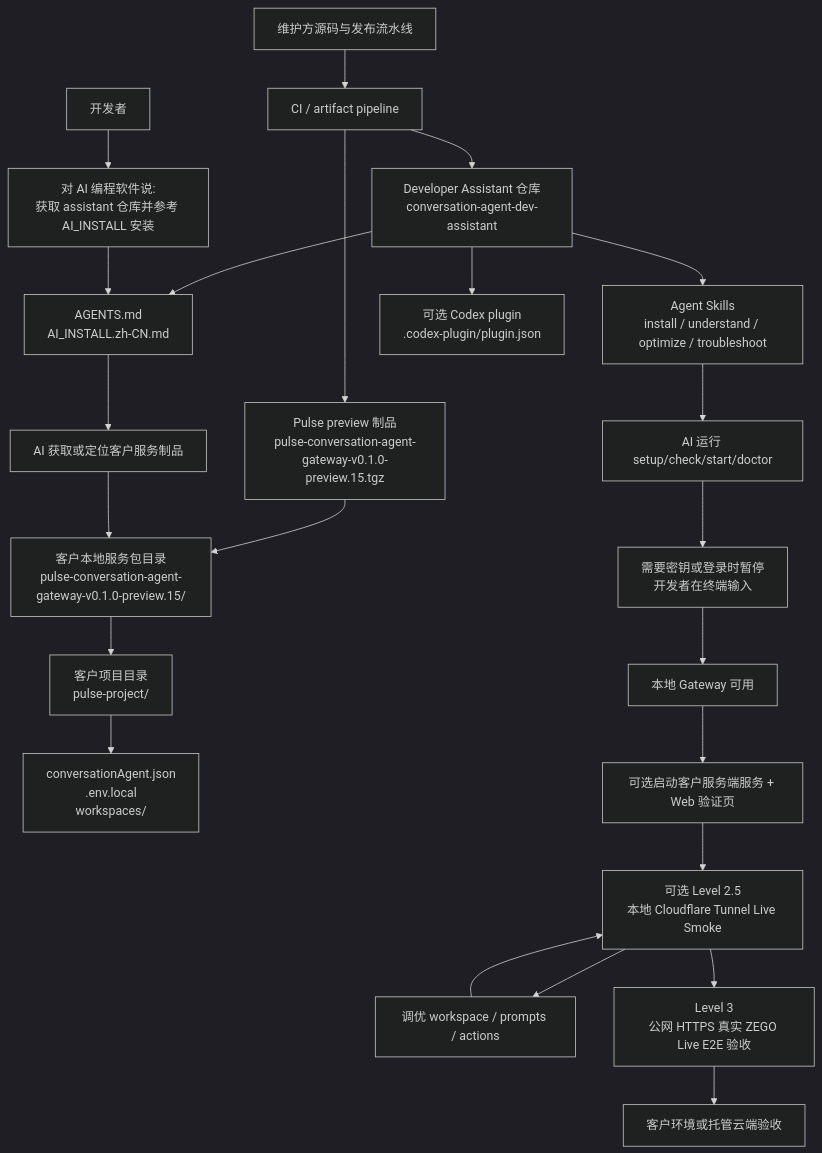
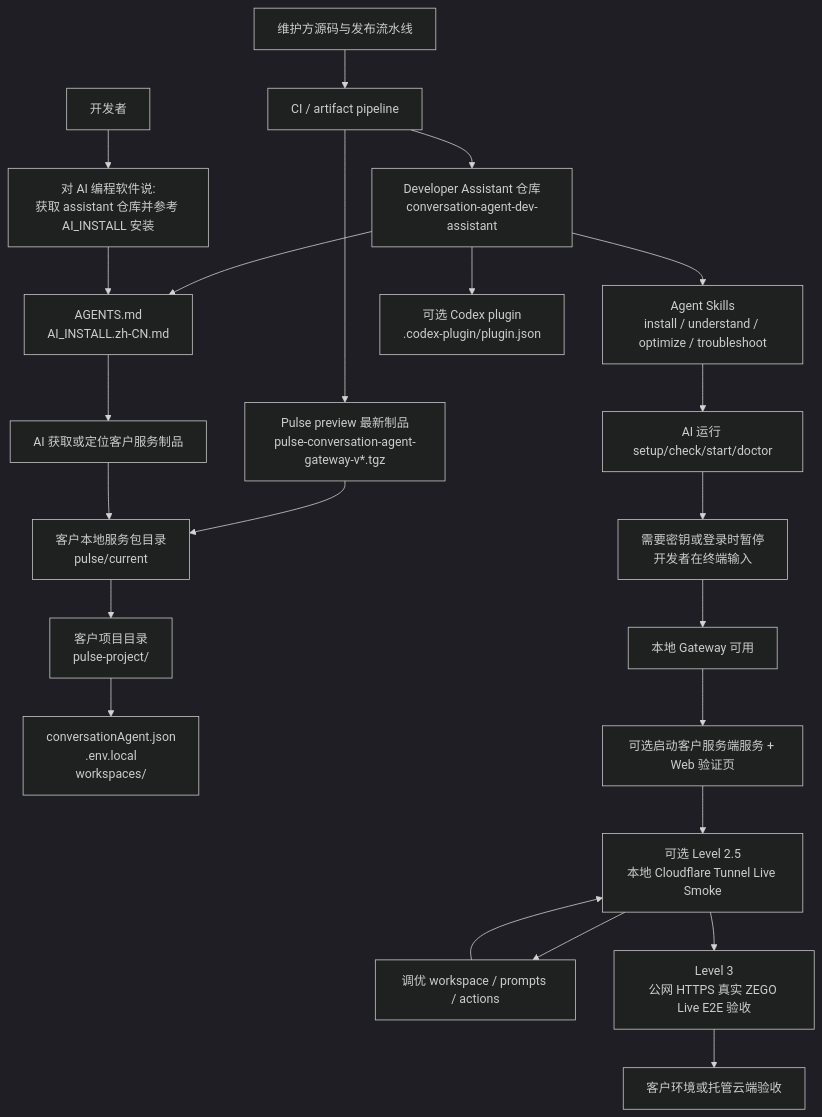
The diagram in README.zh-CN.md (ZEGOCLOUD/conversation-agent-dev-assistant), drawn with Mermaid (dark theme) before and after one commit. The commit also changed other lines of this file and 6 other files, not shown here.

````diff
--- a/README.zh-CN.md
+++ b/README.zh-CN.md
@@ -16,28 +16,28 @@
 ```mermaid
 flowchart TD
   A["维护方源码与发布流水线"] --> B["CI / artifact pipeline"]
-  B --> C["Pulse preview 制品<br/>pulse-conversation-agent-gateway-v0.1.0-preview.15.tgz"]
+  B --> C["Pulse preview 最新制品<br/>pulse-conversation-agent-gateway-v*.tgz"]
   B --> D["Developer Assistant 仓库<br/>conversation-agent-dev-assistant"]
 
-  C --> E["客户本地服务包目录<br/>pulse-conversation-agent-gateway-v0.1.0-preview.15/"]
+  C --> E["客户本地服务包目录<br/>pulse/current"]
   E --> F["客户项目目录<br/>pulse-project/"]
   F --> G["conversationAgent.json<br/>.env.local<br/>workspaces/"]
 
   D --> H["AGENTS.md<br/>AI_INSTALL.zh-CN.md"]
   D --> I["Agent Skills<br/>install / understand / optimize / troubleshoot"]
   D --> J["可选 Codex plugin<br/>.codex-plugin/plugin.json"]
 
   K["开发者"] --> L["对 AI 编程软件说:<br/>获取 assistant 仓库并参考 AI_INSTALL 安装"]
   L --> H
   H --> M["AI 获取或定位客户服务制品"]
   M --> E
   I --> N["AI 运行 setup/check/start/doctor"]
   N --> O["需要密钥或登录时暂停<br/>开发者在终端输入"]
   O --> P["本地 Gateway 可用"]
   P --> Q["可选启动客户服务端服务 + Web 验证页"]
   Q --> R["可选 Level 2.5<br/>本地 Cloudflare Tunnel Live Smoke"]
   R --> S["调优 workspace / prompts / actions"]
   S --> R
   R --> T["Level 3<br/>公网 HTTPS 真实 ZEGO Live E2E 验收"]
   T --> U["客户环境或托管云端验收"]
 ```
````
